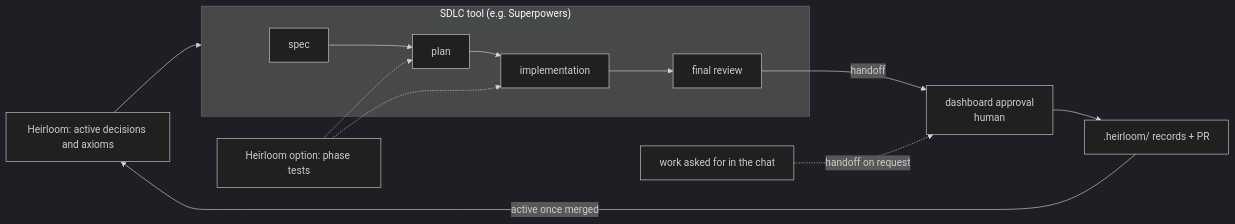
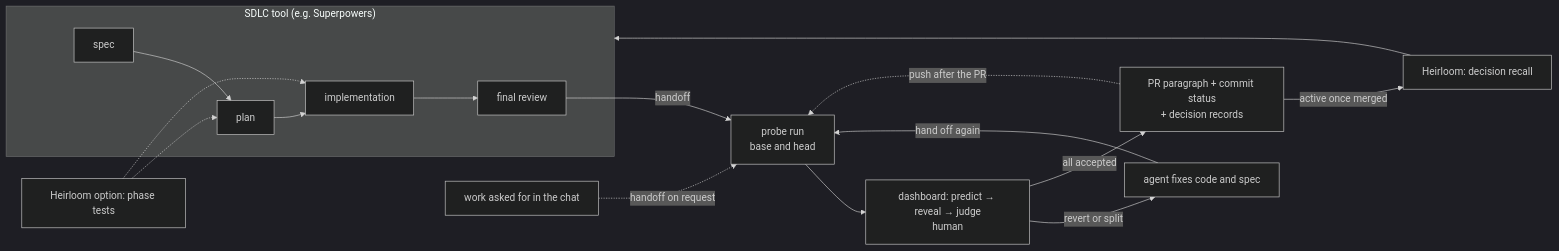
The diagram in README.en.md (cheongfish/heirloom), drawn with Mermaid (dark theme) before and after one commit. The commit also changed other lines of this file and 12 other files, not shown here.

````diff
--- a/README.en.md
+++ b/README.en.md
@@ -11,13 +11,17 @@
 ```mermaid
 flowchart LR
-  H0["Heirloom: active decisions and axioms"] --> SDLC
   subgraph SDLC["SDLC tool (e.g. Superpowers)"]
     A[spec] --> B[plan] --> C[implementation] --> R[final review]
   end
   T["Heirloom option: phase tests"] -.-> B
   T -.-> C
-  R -->|handoff| D[dashboard approval<br/>human]
-  F[work asked for in the chat] -.->|handoff on request| D
-  D --> E[".heirloom/ records + PR"]
-  E -->|active once merged| H0
+  R -->|handoff| P[probe run<br/>base and head]
+  F[work asked for in the chat] -.->|handoff on request| P
+  P --> D[dashboard: predict → reveal → judge<br/>human]
+  D -->|revert or split| X[agent fixes code and spec]
+  X -->|hand off again| P
+  D -->|all accepted| E["PR paragraph + commit status<br/>+ decision records"]
+  E -.->|push after the PR| P
+  E -->|active once merged| H0["Heirloom: decision recall"]
+  H0 --> SDLC
 ```
````
